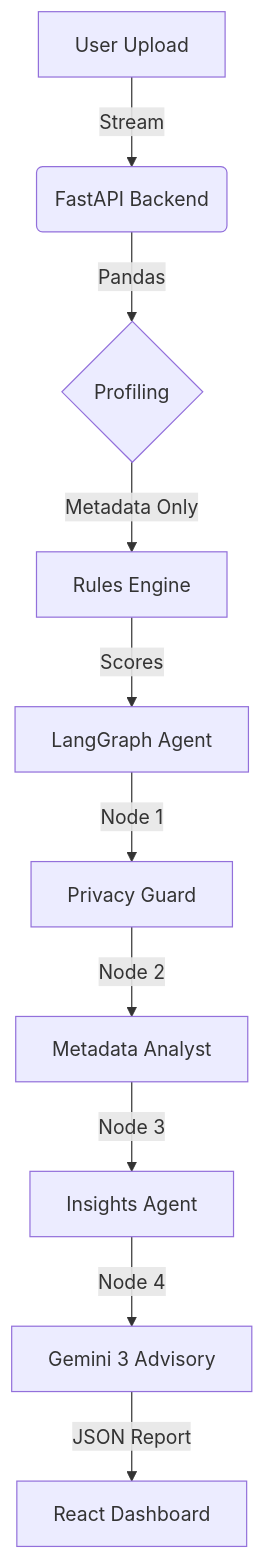
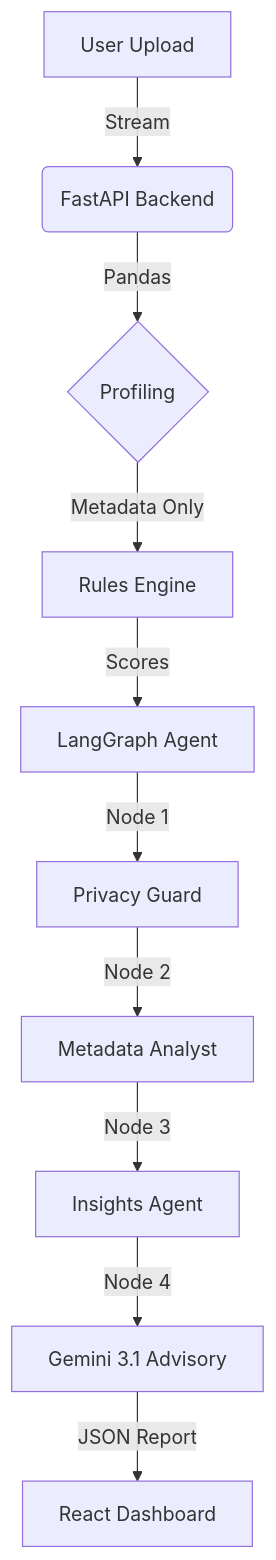
The diagram in README.md (Anish-Ramesh/FinAUDIT---VISA-AI-HACKATHON), drawn with Mermaid before and after one commit. The commit also changed other lines of this file and 2 other files, not shown here.

Commit message:
Gemini Model Updates to Latest Ones

````diff
--- a/README.md
+++ b/README.md
@@ -220,12 +220,12 @@
 ```mermaid
 graph TD
     A[User Upload] -->|Stream| B(FastAPI Backend)
     B -->|Pandas| C{Profiling}
     C -->|Metadata Only| D[Rules Engine]
     D -->|Scores| E[LangGraph Agent]
     E -->|Node 1| F[Privacy Guard]
     F -->|Node 2| G[Metadata Analyst]
     G -->|Node 3| H[Insights Agent]
-    H -->|Node 4| I[Gemini 3 Advisory]
+    H -->|Node 4| I[Gemini 3.1 Advisory]
     I -->|JSON Report| J[React Dashboard]
 ```
````
